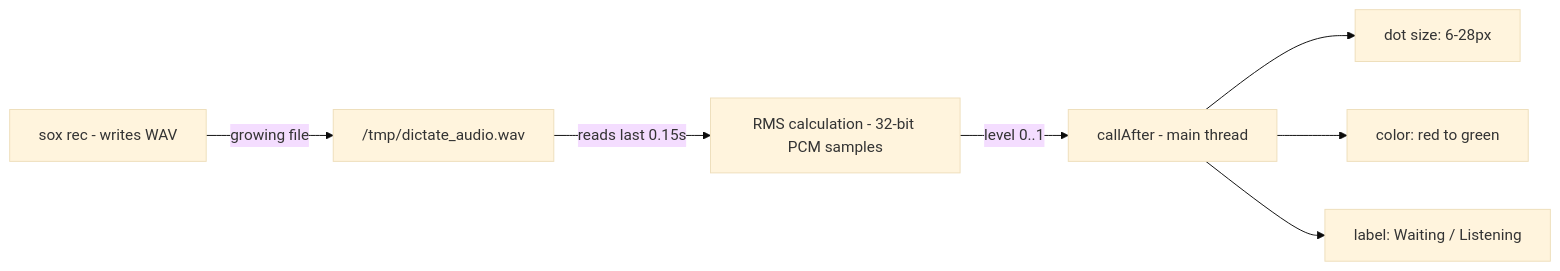
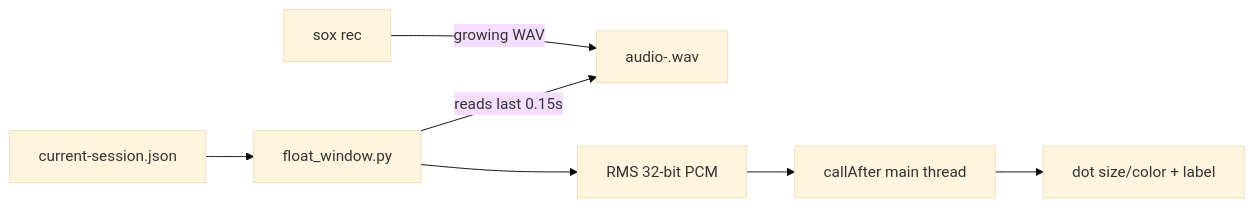
Before and after one commit to andkirby/whisper-ear: the fourth of 4 diagrams in docs/architecture.md, drawn with Mermaid (base theme). The commit also changed other lines of this file and 29 other files, not shown here.

````diff
--- a/docs/architecture.md
+++ b/docs/architecture.md
@@ -180,9 +159,9 @@
 ```mermaid
 graph LR
-    A["sox rec - writes WAV"] -->|growing file| B["/tmp/dictate_audio.wav"]
-    B -->|reads last 0.15s| C["RMS calculation - 32-bit PCM samples"]
-    C -->|level 0..1| D["callAfter - main thread"]
-    D --> E["dot size: 6-28px"]
-    D --> F["color: red to green"]
-    D --> G["label: Waiting / Listening"]
+    A["sox rec"] -->|growing WAV| B["audio-<session>.wav"]
+    C["current-session.json"] --> D["float_window.py"]
+    D -->|reads last 0.15s| B
+    D --> E["RMS 32-bit PCM"]
+    E --> F["callAfter main thread"]
+    F --> G["dot size/color + label"]
 ```
````
